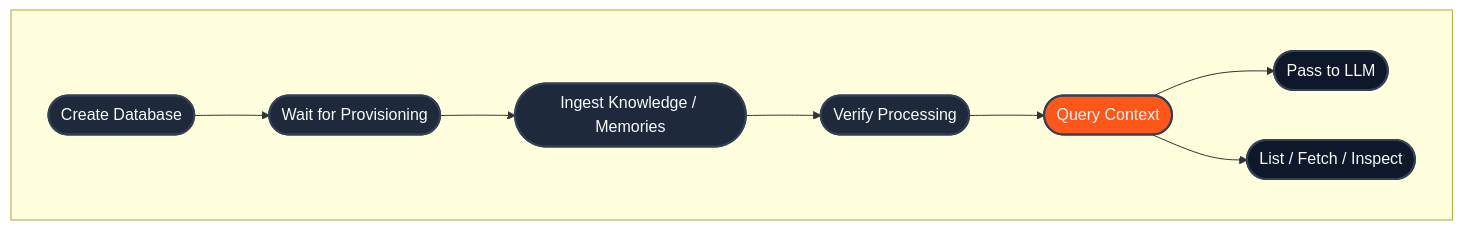
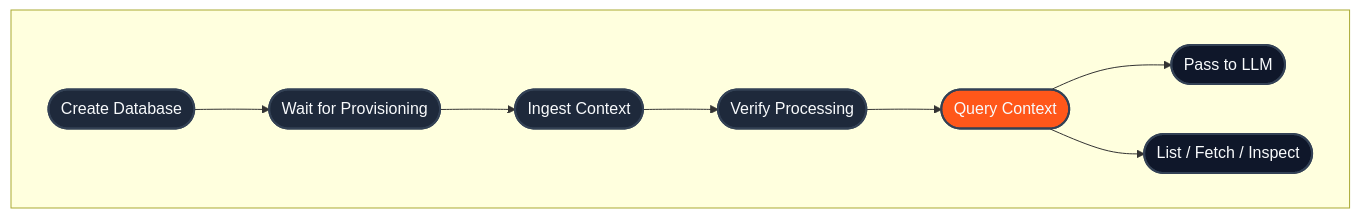
Before and after one commit to hydra-db/mintlify-docs: the diagram in api-reference/v2/index.mdx, drawn with Mermaid. The commit also changed other lines of this file, not shown here.

Commit message:
docs(reference): API reference index teaches context items and no type (ENG-1618)

````diff
--- a/api-reference/v2/index.mdx
+++ b/api-reference/v2/index.mdx
@@ -17,21 +19,21 @@
 ```mermaid
 flowchart LR
 
     subgraph Database Lifecycle [" "]
       direction LR
       A([Create Database])-->B([Wait for Provisioning])
-      B-->C([Ingest Knowledge / Memories])
+      B-->C([Ingest Context])
       C-->D([Verify Processing])
       D-->E([Query Context])
       E-->F([Pass to LLM])
       E-->G([List / Fetch / Inspect])
     end
 
     style A fill:#1e293b,stroke:#334155,stroke-width:2px,color:#f8fafc
     style B fill:#1e293b,stroke:#334155,stroke-width:2px,color:#f8fafc
     style C fill:#1e293b,stroke:#334155,stroke-width:2px,color:#f8fafc
     style D fill:#1e293b,stroke:#334155,stroke-width:2px,color:#f8fafc
     style E fill:#FF571A,stroke:#334155,stroke-width:2px,color:#f8fafc
     style F fill:#0f172a,stroke:#334155,stroke-width:2px,color:#f8fafc
     style G fill:#0f172a,stroke:#334155,stroke-width:2px,color:#f8fafc
 ```
````
